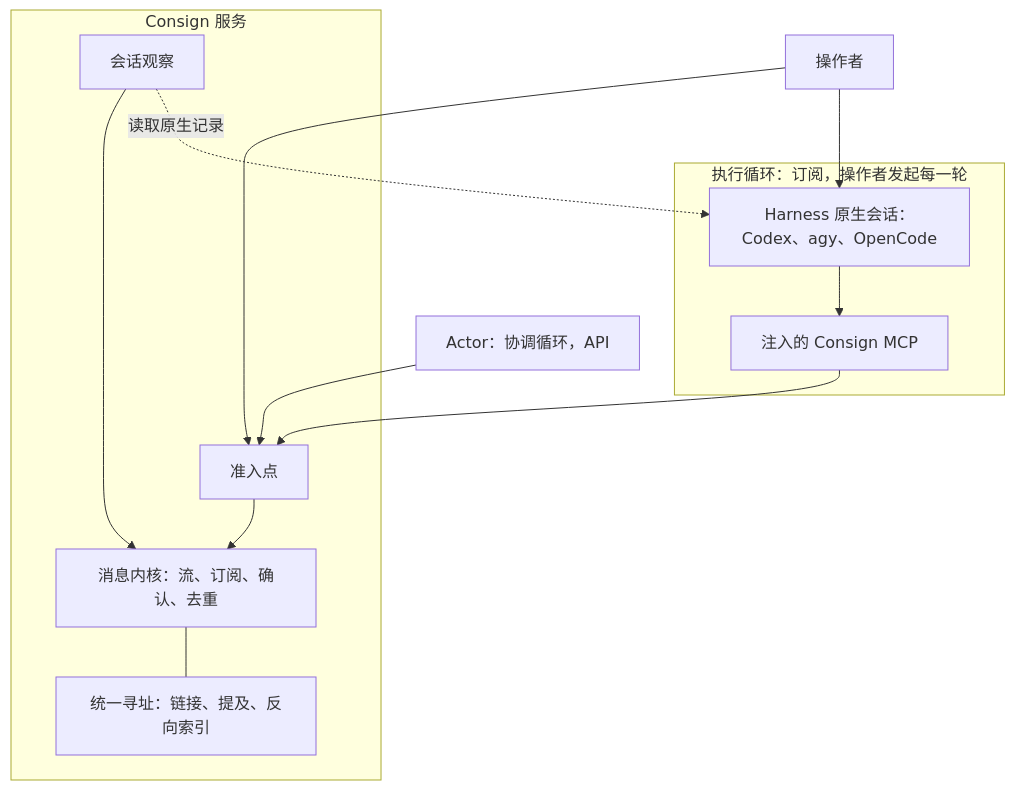
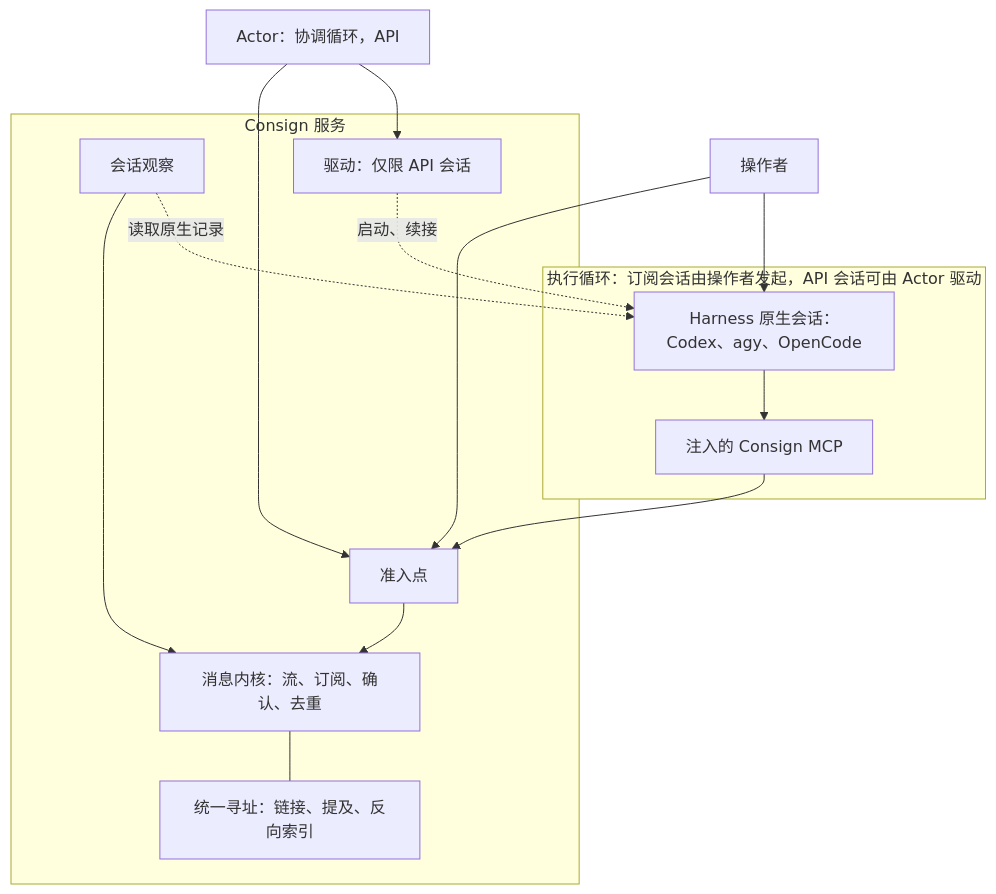
One commit to zhscn/consign changed the diagram in DESIGN.md. Above: the diagram before and after it, drawn with Mermaid. The commit also changed other lines of this file and 1 other file, not shown here.

First line of the commit message:
Restore driving for API-key sessions

````diff
--- a/DESIGN.md
+++ b/DESIGN.md
@@ -147,24 +153,27 @@
 ```mermaid
 flowchart TB
   OP["操作者"]
-  subgraph EXEC["执行循环：订阅，操作者发起每一轮"]
+  subgraph EXEC["执行循环：订阅会话由操作者发起，API 会话可由 Actor 驱动"]
     H["Harness 原生会话：Codex、agy、OpenCode"]
     PLG["注入的 Consign MCP"]
   end
   subgraph SVC["Consign 服务"]
     POL["准入点"]
     MQ["消息内核：流、订阅、确认、去重"]
     ADDR["统一寻址：链接、提及、反向索引"]
     OBS["会话观察"]
+    DRV["驱动：仅限 API 会话"]
   end
   ACT["Actor：协调循环，API"]
   OP --> H
   OP --> POL
   H --> PLG
   PLG --> POL
   ACT --> POL
   POL --> MQ
   MQ --- ADDR
   OBS --> MQ
   OBS -. 读取原生记录 .-> H
+  ACT --> DRV
+  DRV -. 启动、续接 .-> H
 ```
````
